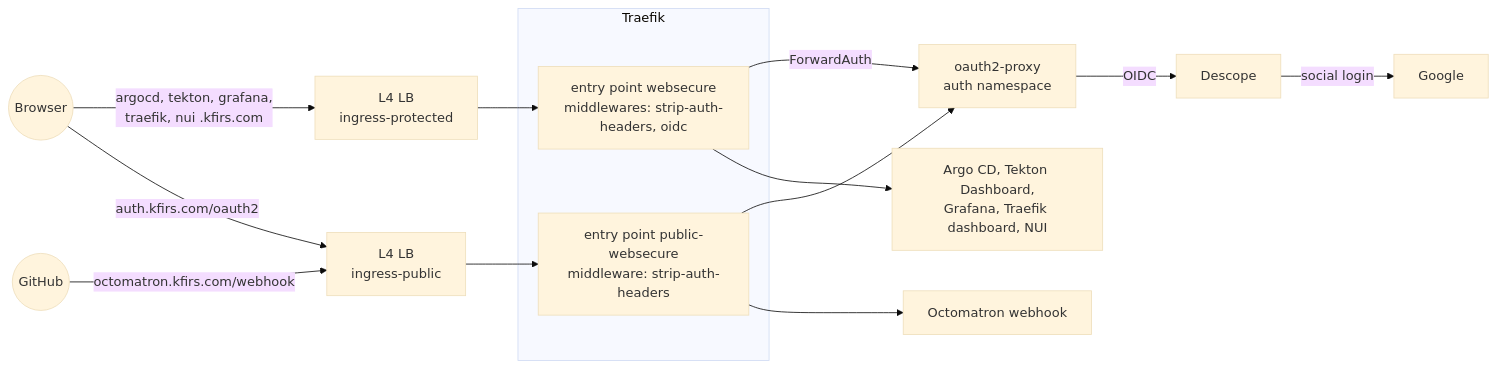
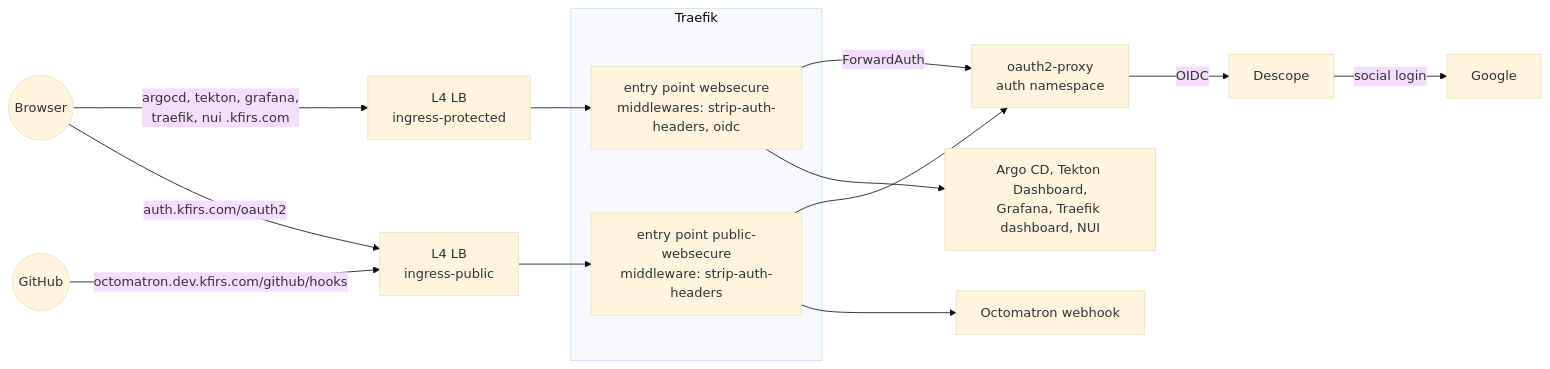
Before and after one commit to arikkfir-org/docs: the first of 2 diagrams in hub/designs/phase-3-ingress-and-auth.md, drawn with Mermaid (base theme). The commit also changed other lines of this file and 2 other files, not shown here.

First line of the commit message:
docs(hub): move the Octomatron webhook to octomatron.dev.kfirs.com/github/hooks

````diff
--- a/hub/designs/phase-3-ingress-and-auth.md
+++ b/hub/designs/phase-3-ingress-and-auth.md
@@ -9,18 +9,18 @@
 ```mermaid
 flowchart LR
   U((Browser)) -- "argocd, tekton, grafana,<br/>traefik, nui .kfirs.com" --> P[L4 LB<br/>ingress-protected]
-  G((GitHub)) -- octomatron.kfirs.com/webhook --> Q[L4 LB<br/>ingress-public]
+  G((GitHub)) -- octomatron.dev.kfirs.com/github/hooks --> Q[L4 LB<br/>ingress-public]
   U -- auth.kfirs.com/oauth2 --> Q
   subgraph traefik[Traefik]
     WS[entry point websecure<br/>middlewares: strip-auth-headers, oidc]
     PW[entry point public-websecure<br/>middleware: strip-auth-headers]
   end
   P --> WS
   Q --> PW
   WS -- ForwardAuth --> O[oauth2-proxy<br/>auth namespace]
   WS --> APPS[Argo CD, Tekton Dashboard,<br/>Grafana, Traefik dashboard, NUI]
   PW --> O
   PW --> SB[Octomatron webhook]
   O -- OIDC --> D[Descope]
   D -- social login --> GO[Google]
 ```
````
